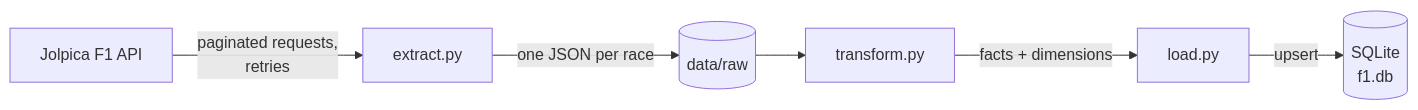
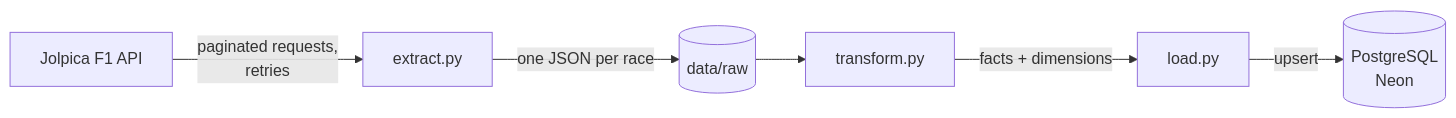
One commit to ssilvestre95/f1-etl changed the diagram in README.md. Above: the diagram before and after it, drawn with Mermaid. The commit also changed other lines of this file, not shown here.

`````diff
--- a/README.md
+++ b/README.md
@@ -11,8 +11,8 @@
 ````mermaid
 flowchart LR
     API[Jolpica F1 API] -->|paginated requests,<br/>retries| E[extract.py]
     E -->|one JSON per race| R[(data/raw)]
     R --> T[transform.py]
     T -->|facts + dimensions| L[load.py]
-    L -->|upsert| DB[(SQLite<br/>f1.db)]
+    L -->|upsert| DB[(PostgreSQL<br/>Neon)]
 ````
`````
